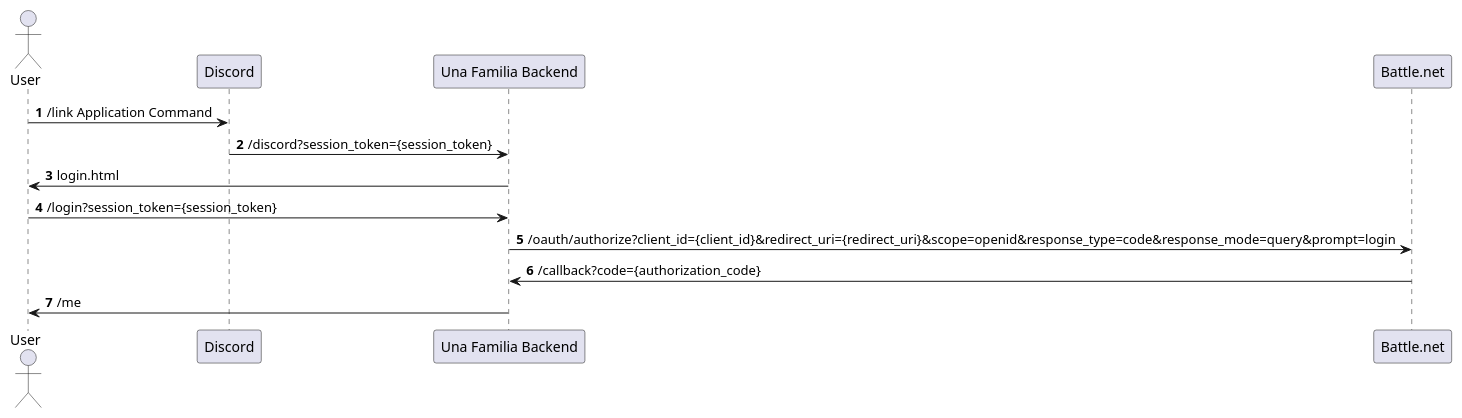
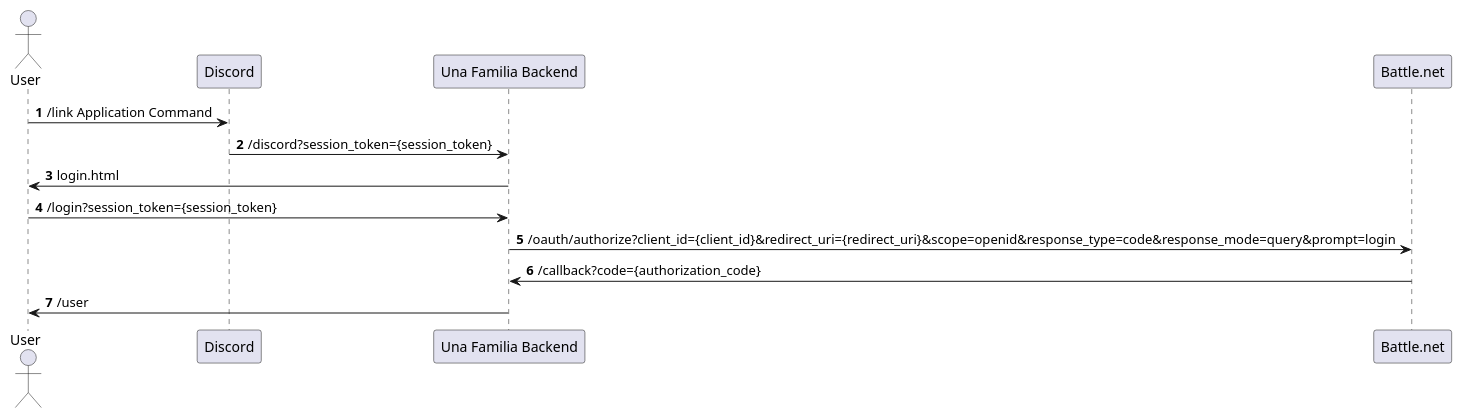
Before and after one commit to msadowskigraduate/unafamilia: the diagram in docs/login/discord-login-flow.puml, drawn with PlantUML. The commit also changed 7 other files, not shown here.

```diff
--- a/docs/login/discord-login-flow.puml
+++ b/docs/login/discord-login-flow.puml
@@ -1,16 +1,16 @@
 @startuml
 'https://plantuml.com/sequence-diagram
 autonumber
 actor User as user
 participant Discord as disc
 participant "Una Familia Backend" as bot
 participant Battle.net as bnet
 
 user -> disc: /link Application Command
 disc -> bot: /discord?session_token={session_token}
 bot -> user: login.html
 user -> bot: /login?session_token={session_token}
 bot -> bnet: /oauth/authorize?client_id={client_id}&redirect_uri={redirect_uri}&scope=openid&response_type=code&response_mode=query&prompt=login
 bnet -> bot: /callback?code={authorization_code}
-bot -> user: /me
+bot -> user: /user
 @enduml
```
